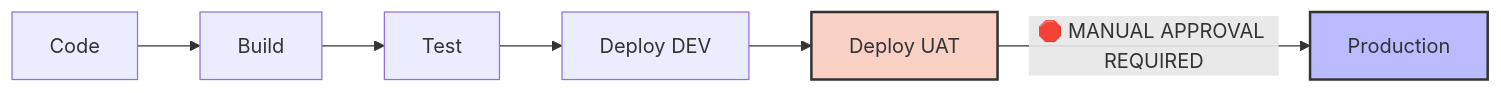
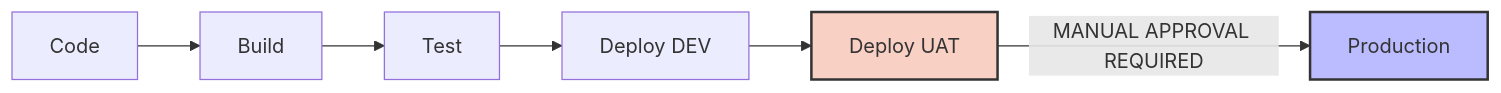
The second of 5 diagrams in 07-Jenkins/Day-01-Introduction-and-Installation/Day-01-Introduction-and-Installation.md (SIVAGORAM/devops-zero-to-hero), drawn with Mermaid before and after one commit. The commit also changed other lines of this file and 1 other file, not shown here.

````diff
--- a/07-Jenkins/Day-01-Introduction-and-Installation/Day-01-Introduction-and-Installation.md
+++ b/07-Jenkins/Day-01-Introduction-and-Installation/Day-01-Introduction-and-Installation.md
@@ -57,10 +57,10 @@
 ```mermaid
 graph LR
-    A[Code] --> B[Build]
-    B --> C[Test]
-    C --> D[Deploy DEV]
-    D --> E[Deploy UAT]
-    E -->|🛑 MANUAL APPROVAL REQUIRED| F[Production]
+    A["Code"] --> B["Build"]
+    B --> C["Test"]
+    C --> D["Deploy DEV"]
+    D --> E["Deploy UAT"]
+    E -->|"MANUAL APPROVAL REQUIRED"| F["Production"]
     style E fill:#f9d0c4,stroke:#333,stroke-width:2px
     style F fill:#bbf,stroke:#333,stroke-width:2px
 ```
````
